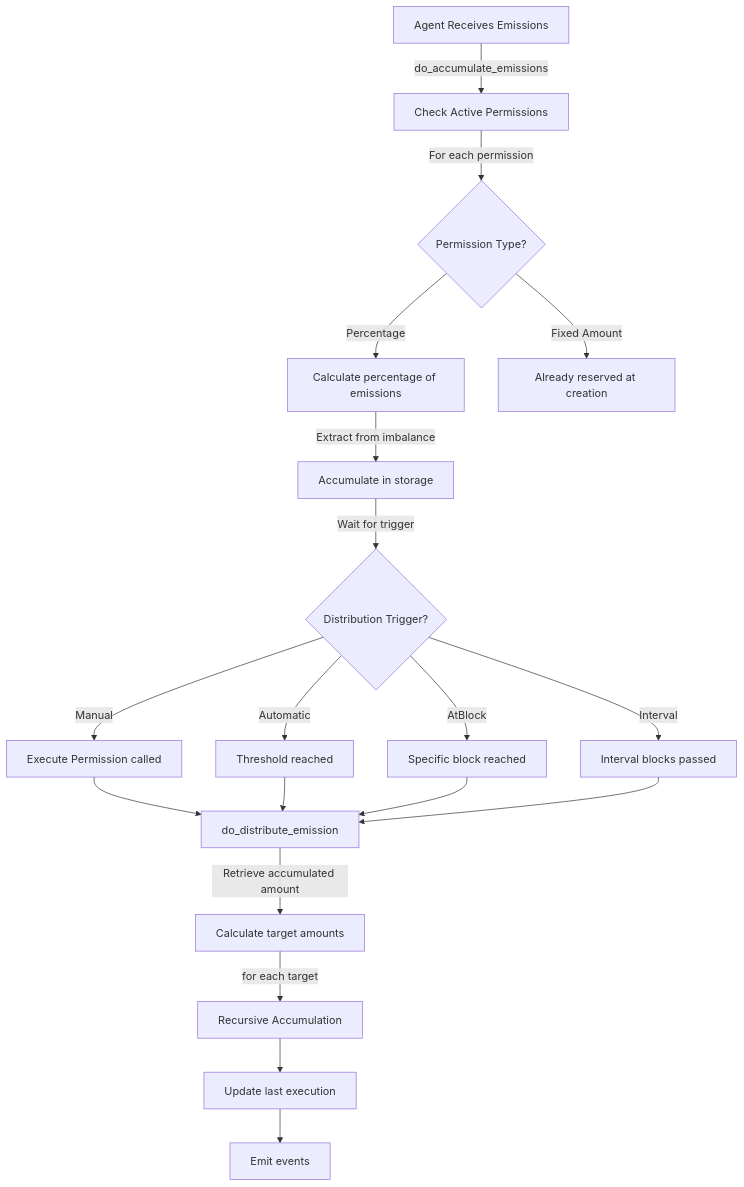
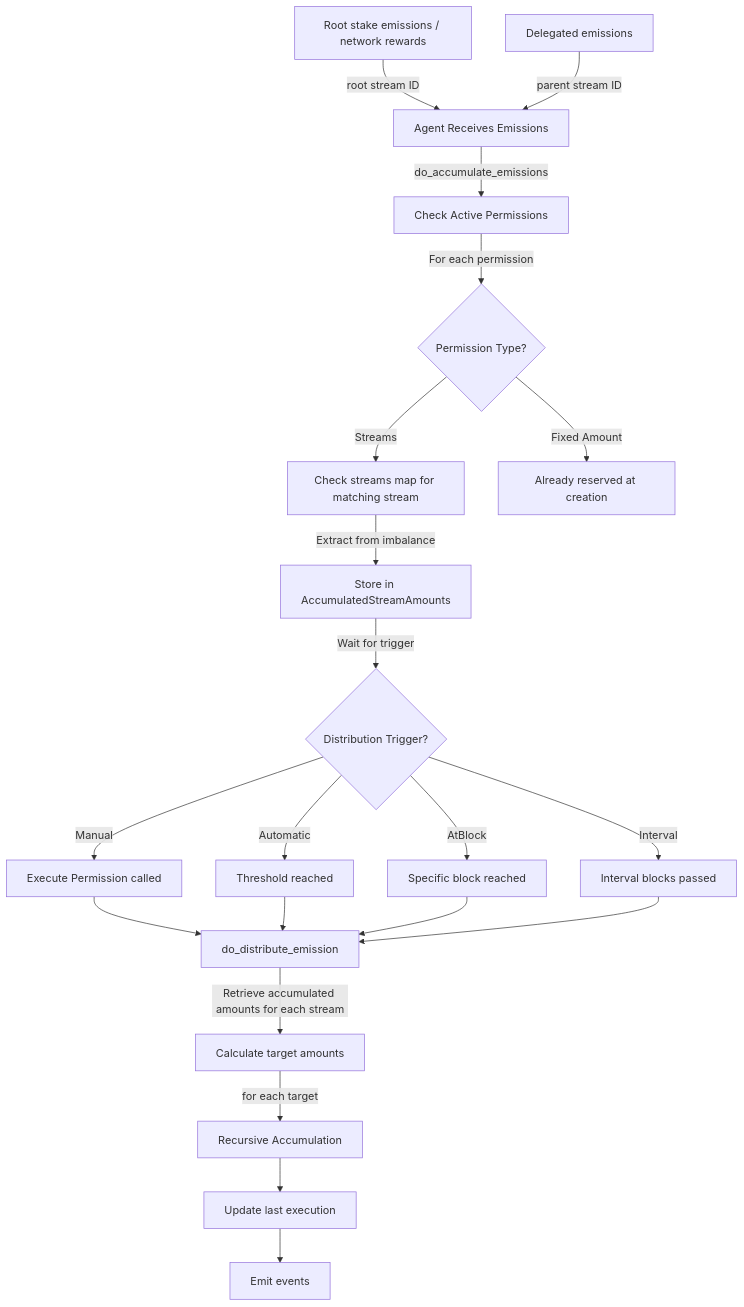
The second of 2 diagrams in docs/permission0.md (renlabs-dev/torus-substrate), drawn with Mermaid before and after one commit. The commit also changed other lines of this file and 7 other files, not shown here.

````diff
--- a/docs/permission0.md
+++ b/docs/permission0.md
@@ -124,21 +124,23 @@
 ```mermaid
 graph TD
+    Root[Root stake emissions / network rewards] -- root stream ID -->A
+    Delegation[Delegated emissions] -- parent stream ID -->A
     A[Agent Receives Emissions] -->|do_accumulate_emissions| B[Check Active Permissions]
     B -->|For each permission| C{Permission Type?}
-    C -->|Percentage| D[Calculate percentage of emissions]
+    C -->|Streams| D[Check streams map for matching stream]
     C -->|Fixed Amount| E[Already reserved at creation]
-    D -->|Extract from imbalance| F[Accumulate in storage]
+    D -->|Extract from imbalance| F[Store in AccumulatedStreamAmounts]
     F -->|Wait for trigger| G{Distribution Trigger?}
     G -->|Manual| H[Execute Permission called]
     G -->|Automatic| I[Threshold reached]
     G -->|AtBlock| J[Specific block reached]
     G -->|Interval| K[Interval blocks passed]
     H --> L[do_distribute_emission]
     I --> L
     J --> L
     K --> L
-    L -->|Retrieve accumulated amount| M[Calculate target amounts]
+    L -->|Retrieve accumulated amounts for each stream| M[Calculate target amounts]
     M -->|for each target| N[Recursive Accumulation]
     N --> O[Update last execution]
     O --> P[Emit events]
 ```
````
